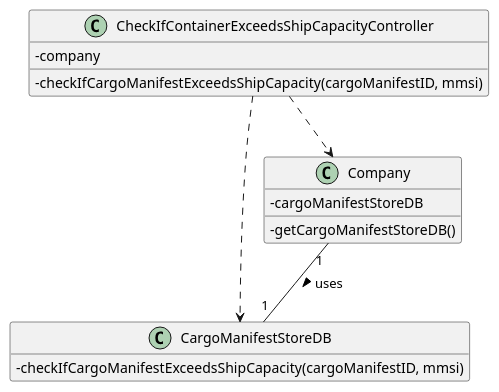
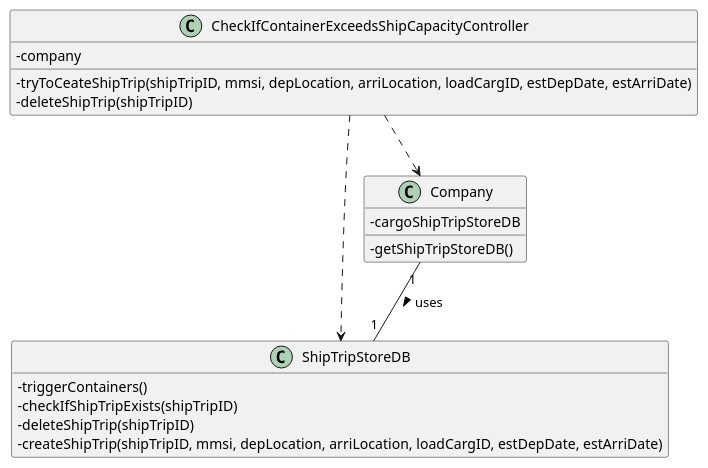
One commit to ana-albergaria/LAPR3-ISEP changed the diagram in docs/Sprint 3/US308/US_308_CD.puml. Above: the diagram before and after it, drawn with PlantUML. The commit also changed 11 other files, not shown here.

```diff
--- a/docs/Sprint 3/US308/US_308_CD.puml
+++ b/docs/Sprint 3/US308/US_308_CD.puml
@@ -1,26 +1,30 @@
 @startuml
 
 hide empty methods
 hide empty attributes
 'left to right direction
 skinparam classAttributeIconSize 0
 
 class CheckIfContainerExceedsShipCapacityController{
 - company
-- checkIfCargoManifestExceedsShipCapacity(cargoManifestID, mmsi)
+- tryToCeateShipTrip(shipTripID, mmsi, depLocation, arriLocation, loadCargID, estDepDate, estArriDate)
+- deleteShipTrip(shipTripID)
 }
 
-class CargoManifestStoreDB{
-- checkIfCargoManifestExceedsShipCapacity(cargoManifestID, mmsi)
+class ShipTripStoreDB{
+- triggerContainers()
+- checkIfShipTripExists(shipTripID)
+- deleteShipTrip(shipTripID)
+- createShipTrip(shipTripID, mmsi, depLocation, arriLocation, loadCargID, estDepDate, estArriDate)
 }
 
 class Company{
-- cargoManifestStoreDB
-- getCargoManifestStoreDB()
+- cargoShipTripStoreDB
+- getShipTripStoreDB()
 }
 
 CheckIfContainerExceedsShipCapacityController ..> Company
-CheckIfContainerExceedsShipCapacityController ..> CargoManifestStoreDB
-Company "1" -- "1" CargoManifestStoreDB : uses >
+CheckIfContainerExceedsShipCapacityController ..> ShipTripStoreDB
+Company "1" -- "1" ShipTripStoreDB : uses >
 
 @enduml
```
